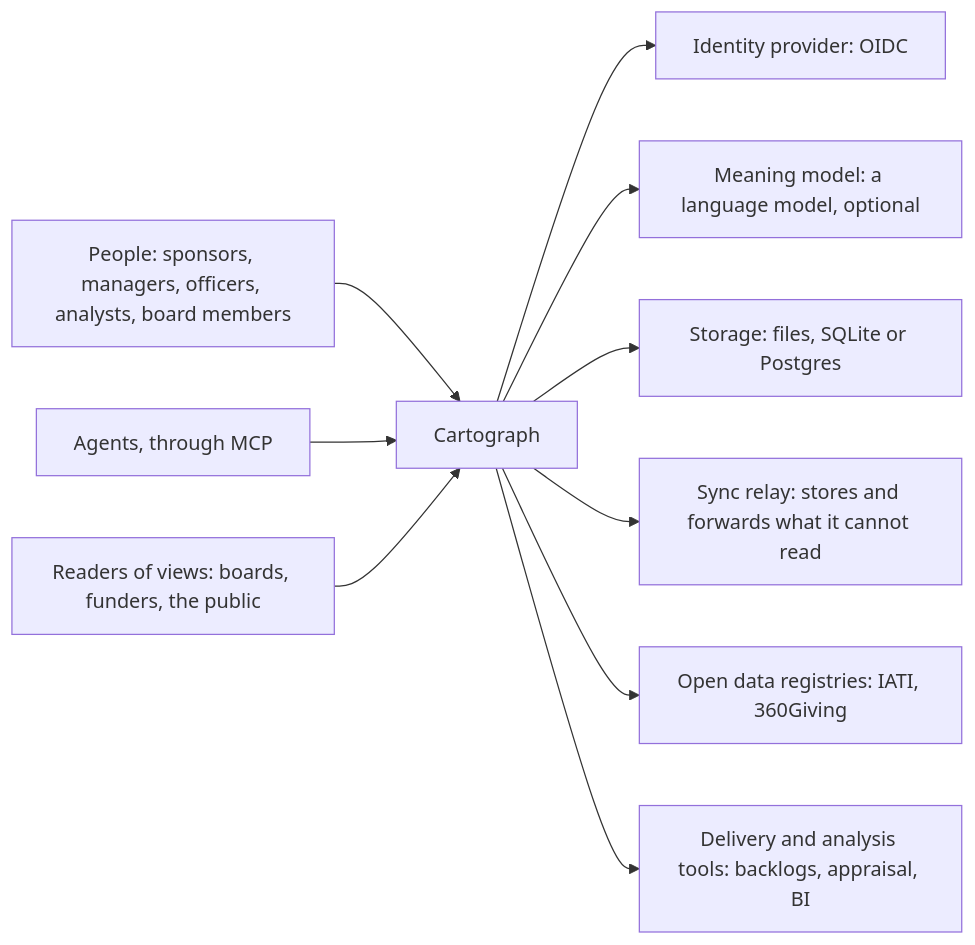
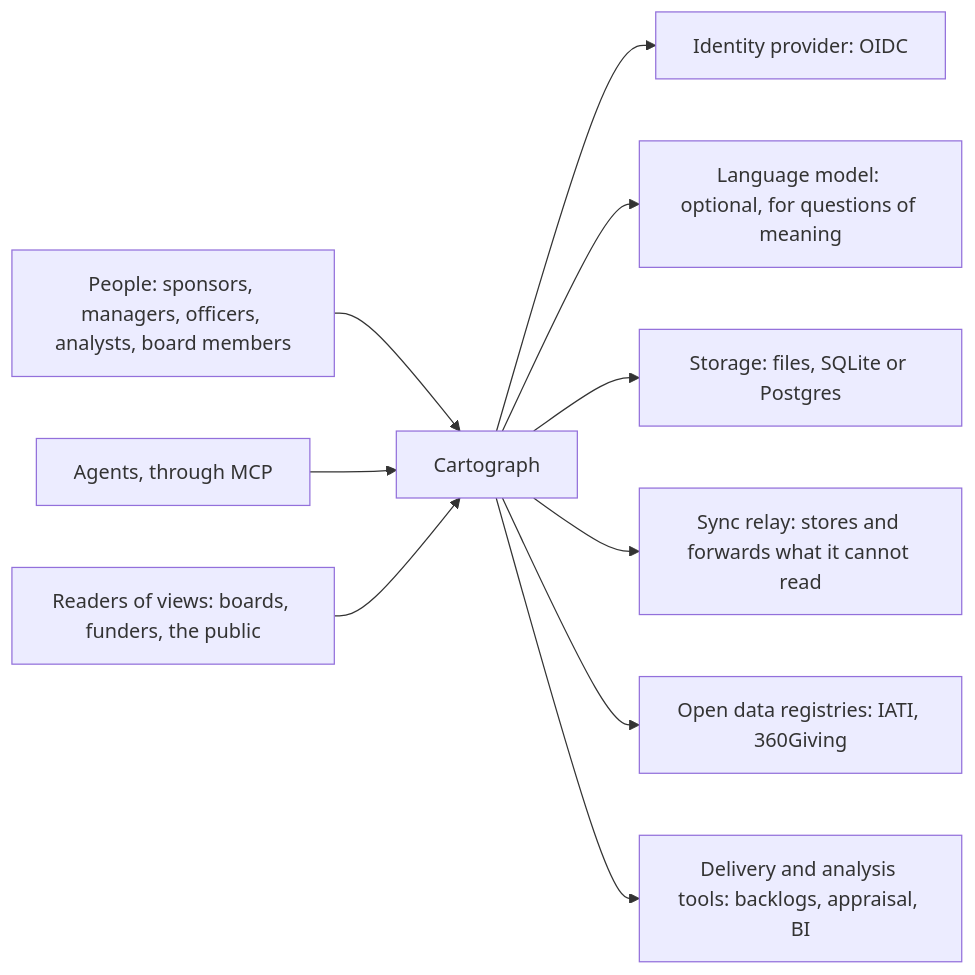
One commit to ProjectCartograph/cartograph-design changed the first of 3 diagrams in docs/explanation/architecture.md. Above: the diagram before and after it, drawn with Mermaid. The commit also changed other lines of this file and 6 other files, not shown here.

````diff
--- a/docs/explanation/architecture.md
+++ b/docs/explanation/architecture.md
@@ -7,12 +7,12 @@
 ```mermaid
 flowchart LR
   PE["People: sponsors, managers, officers, analysts, board members"] --> CG["Cartograph"]
   AG["Agents, through MCP"] --> CG
   CG --> ID["Identity provider: OIDC"]
-  CG --> MM["Meaning model: a language model, optional"]
+  CG --> MM["Language model: optional, for questions of meaning"]
   CG --> ST["Storage: files, SQLite or Postgres"]
   CG --> RL["Sync relay: stores and forwards what it cannot read"]
   CG --> OD["Open data registries: IATI, 360Giving"]
   CG --> DT["Delivery and analysis tools: backlogs, appraisal, BI"]
   RD["Readers of views: boards, funders, the public"] --> CG
 ```
````
